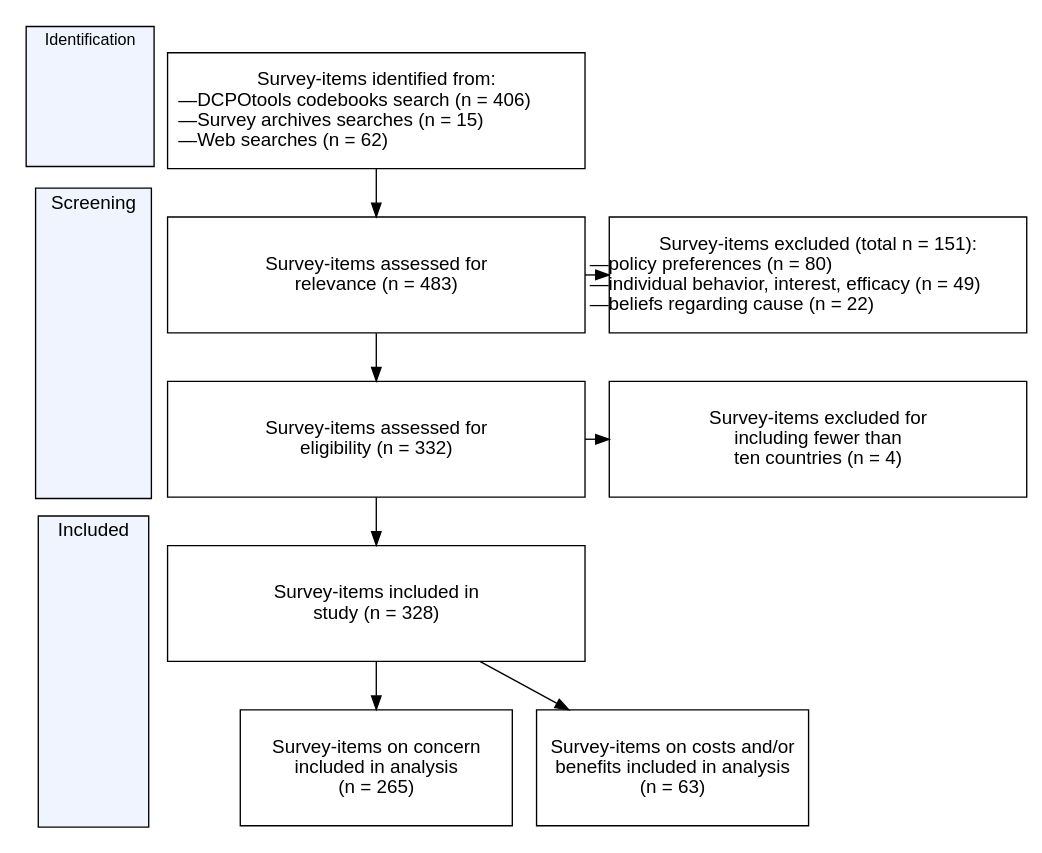
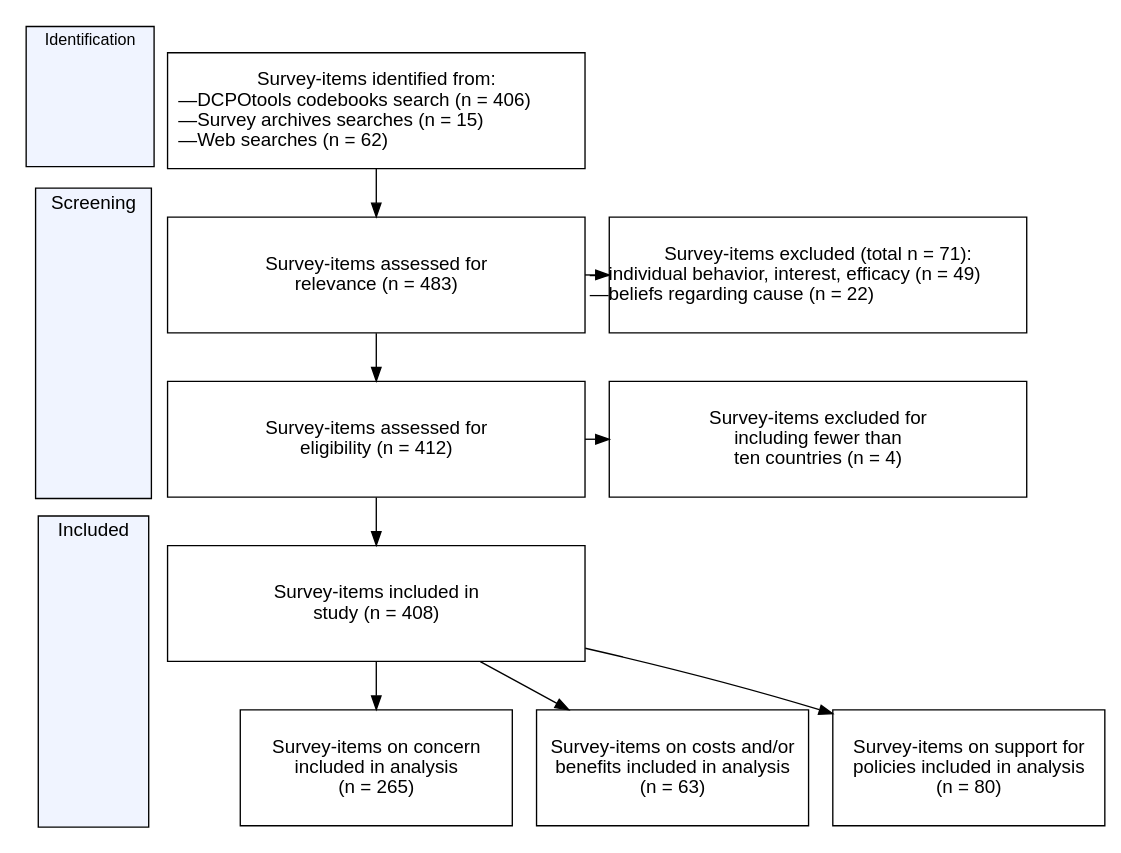
Before and after one commit to fsolt/climate_facing: the diagram in paper/fc.dot, drawn with Graphviz.

Commit message:
add policy

```diff
--- a/paper/fc.dot
+++ b/paper/fc.dot
@@ -1,87 +1,90 @@
 digraph flowchart {
       subgraph cluster_inc {
         C0 [shape = plaintext,
             style = invis,
             fixedsize = true,
             width = .9,
             height = .95];
         C1 [shape = rect,
             style = invis,
             fixedsize = true,
             height = 1];
         C0 -> C1 [style = invis, weight = 10];
         style = filled;
         fillcolor = "#F0F4FF";
         label = "Included";
         fontname = Helvetica;
       }
       
       subgraph cluster_scr {
         S0 [shape = plaintext,
             style = invis,
             fixedsize = true,
             width = .9,
             height = .93];
         S1 [shape = rect,
             style = invis,
             fixedsize = true,
             height = 1];
         S0 -> S1 [style = invis, weight = 10];
         style = filled;
         fillcolor = "#F0F4FF";
         label = "Screening";
         fontname = Helvetica;
       }
       
       subgraph cluster_id {
         I0 [shape = plaintext,
             style = invis,
             fixedsize = true,
             width = .9,
             height = .93];
         style = filled;
         fillcolor = "#F0F4FF";
         label = "Identification";
         fontname = Helvetica;
         fontsize = 12;
       }
       
       node [fontname = Helvetica, 
             shape = rectangle,
             style = filled,
             fillcolor = "white",
             fixedsize = true,
             width = 4.3,
             height = 1.2];
             
       all1 [label = "Survey-items identified from:\n —DCPOtools codebooks search (n = 406)\l —Survey archives searches (n = 15)\l —Web searches (n = 62)\l"];
       all2 [label = "Survey-items assessed for\nrelevance (n = 483)"];
-      incl0 [label = "Survey-items assessed for\neligibility (n = 332)"];
-      incl [label = "Survey-items included in\nstudy (n = 328)"];
-      excl [label = "Survey-items excluded (total n = 151):\n —policy preferences (n = 80)\l —individual behavior, interest, efficacy (n = 49)\l —beliefs regarding cause (n = 22)\l"];
+      incl0 [label = "Survey-items assessed for\neligibility (n = 412)"];
+      incl [label = "Survey-items included in\nstudy (n = 408)"];
+      excl [label = "Survey-items excluded (total n = 71):\n —individual behavior, interest, efficacy (n = 49)\l —beliefs regarding cause (n = 22)\l"];
       small [label = "Survey-items excluded for\nincluding fewer than\nten countries (n = 4)"];
       concern [label = "Survey-items on concern\nincluded in analysis\n(n = 265)", width = 2.8];
       cost [label = "Survey-items on costs and/or\nbenefits included in analysis\n(n = 63)", width = 2.8];
+      policy [label = "Survey-items on support for
+policies included in analysis\n(n = 80)", width = 2.8];
       
       # edge definitions with the node IDs
       all1 -> all2;
       all2 -> incl0;
       all2 -> excl;
       incl0 -> small;
       incl0 -> incl;
       incl -> concern;
       incl -> cost [constraint = false];
+      incl -> policy [constraint = false];
       
       I0 -> S0 -> S1 -> C0 [style = invis, weight = 10]
 
       # subgraphs for horizontal alignment
       subgraph {
         rank = same; all2; excl;
       }
       subgraph {
         rank = same; incl0; small;
       }
       subgraph {
-        rank = same; concern; cost;
+        rank = same; concern; cost; policy;
       }
 }
```
